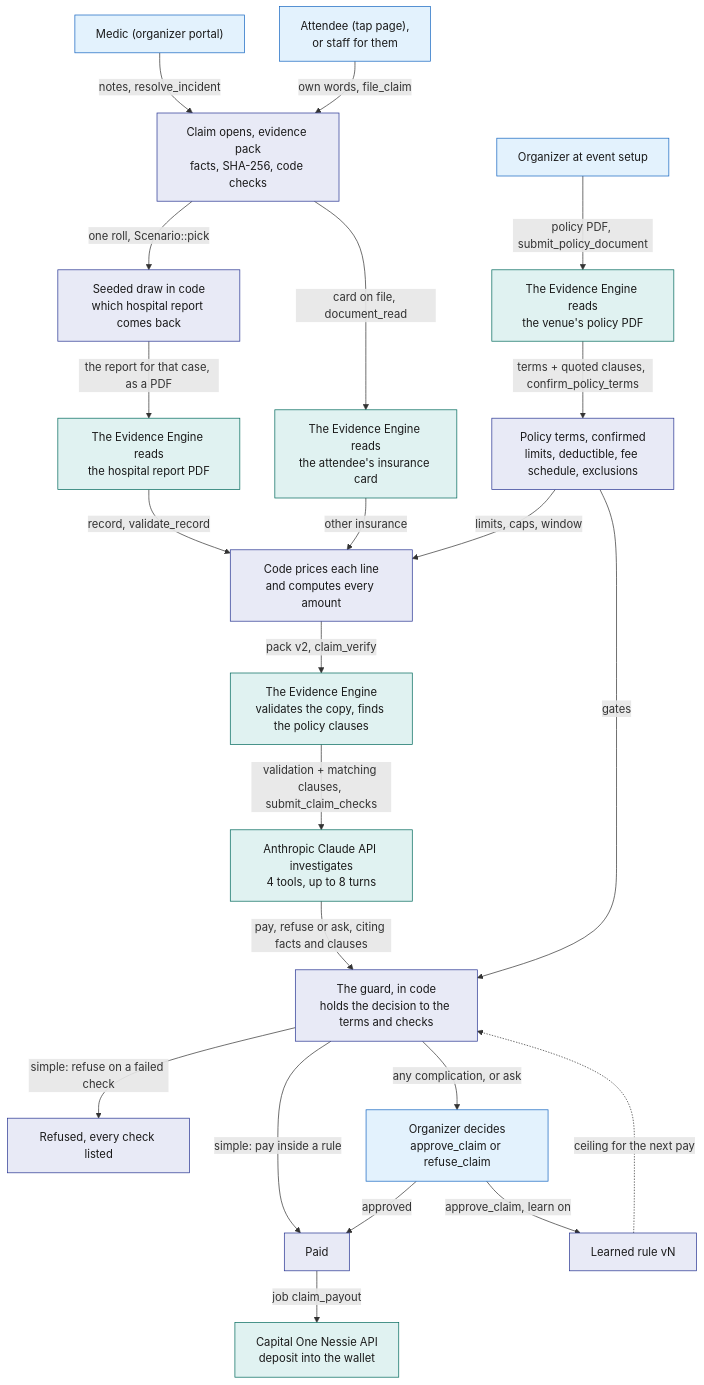
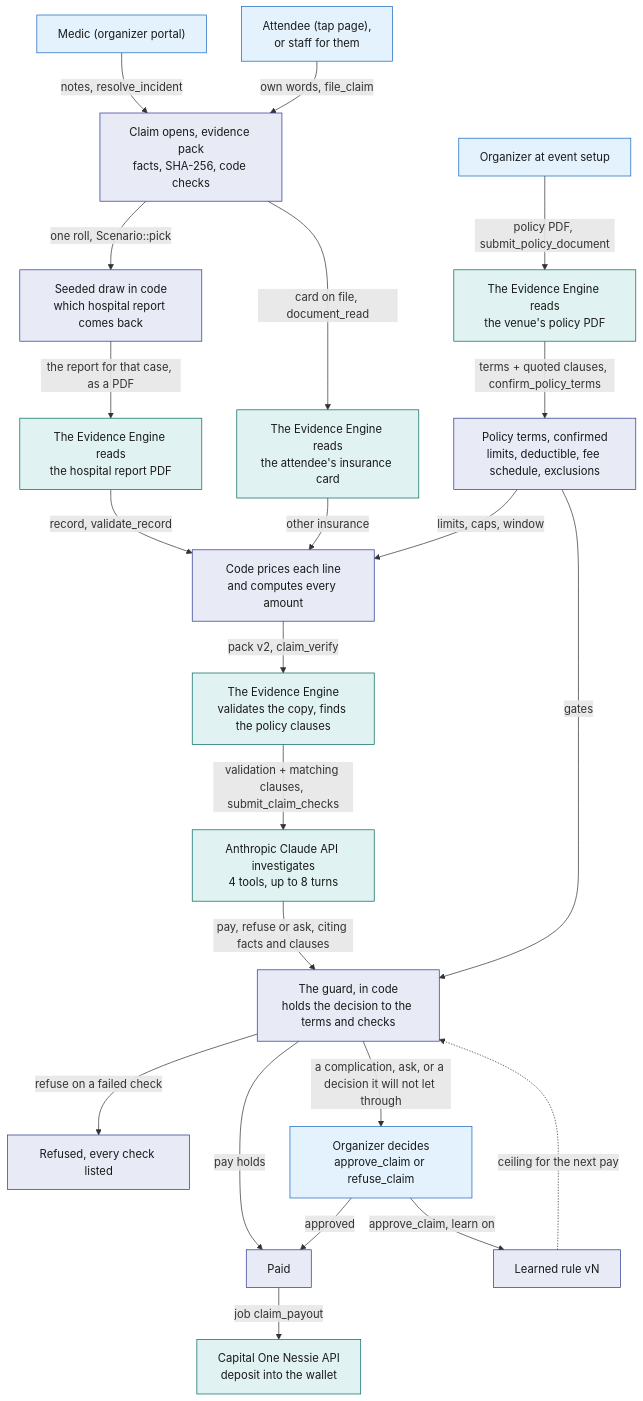
Before and after one commit to viktorinkov/cal-hacks-13: the first of 5 diagrams in System Design/6-features/Insurance.md, drawn with Mermaid. The commit also changed other lines of this file and 4 other files, not shown here.

````diff
--- a/System Design/6-features/Insurance.md
+++ b/System Design/6-features/Insurance.md
@@ -19,47 +19,47 @@
 ```mermaid
 flowchart TB
   classDef stdb fill:#E8EAF6,stroke:#283593,color:#1A1A1A
   classDef web fill:#E3F2FD,stroke:#1565C0,color:#1A1A1A
   classDef ext fill:#E0F2F1,stroke:#00695C,color:#1A1A1A
 
   Org0["Organizer at event setup"]:::web
   VP["The Evidence Engine reads<br/>the venue's policy PDF"]:::ext
   Terms["Policy terms, confirmed<br/>limits, deductible, fee schedule, exclusions"]:::stdb
   Medic["Medic (organizer portal)"]:::web
   Att["Attendee (tap page),<br/>or staff for them"]:::web
   Open["Claim opens, evidence pack<br/>facts, SHA-256, code checks"]:::stdb
   Draw["Seeded draw in code<br/>which hospital report comes back"]:::stdb
   HR["The Evidence Engine reads<br/>the hospital report PDF"]:::ext
   Card["The Evidence Engine reads<br/>the attendee's insurance card"]:::ext
   Price["Code prices each line<br/>and computes every amount"]:::stdb
   EE["The Evidence Engine<br/>validates the copy, finds the policy clauses"]:::ext
   Claude["Anthropic Claude API investigates<br/>4 tools, up to 8 turns"]:::ext
   Guard["The guard, in code<br/>holds the decision to the terms and checks"]:::stdb
   Paid["Paid"]:::stdb
   Ref["Refused, every check listed"]:::stdb
   Org["Organizer decides<br/>approve_claim or refuse_claim"]:::web
   Rule["Learned rule vN"]:::stdb
   Pay["Capital One Nessie API<br/>deposit into the wallet"]:::ext
 
   Org0 -->|"policy PDF, submit_policy_document"| VP
   VP -->|"terms + quoted clauses, confirm_policy_terms"| Terms
   Medic -->|"notes, resolve_incident"| Open
   Att -->|"own words, file_claim"| Open
   Open -->|"one roll, Scenario::pick"| Draw
   Draw -->|"the report for that case, as a PDF"| HR
   Open -->|"card on file, document_read"| Card
   HR -->|"record, validate_record"| Price
   Card -->|"other insurance"| Price
   Terms -->|"limits, caps, window"| Price
   Price -->|"pack v2, claim_verify"| EE
   EE -->|"validation + matching clauses, submit_claim_checks"| Claude
   Claude -->|"pay, refuse or ask, citing facts and clauses"| Guard
   Terms -->|"gates"| Guard
-  Guard -->|"simple: pay inside a rule"| Paid
-  Guard -->|"simple: refuse on a failed check"| Ref
-  Guard -->|"any complication, or ask"| Org
+  Guard -->|"pay holds"| Paid
+  Guard -->|"refuse on a failed check"| Ref
+  Guard -->|"a complication, ask, or a decision it will not let through"| Org
   Org -->|"approve_claim, learn on"| Rule
   Rule -.->|"ceiling for the next pay"| Guard
   Org -->|"approved"| Paid
   Paid -->|"job claim_payout"| Pay
 ```
````
